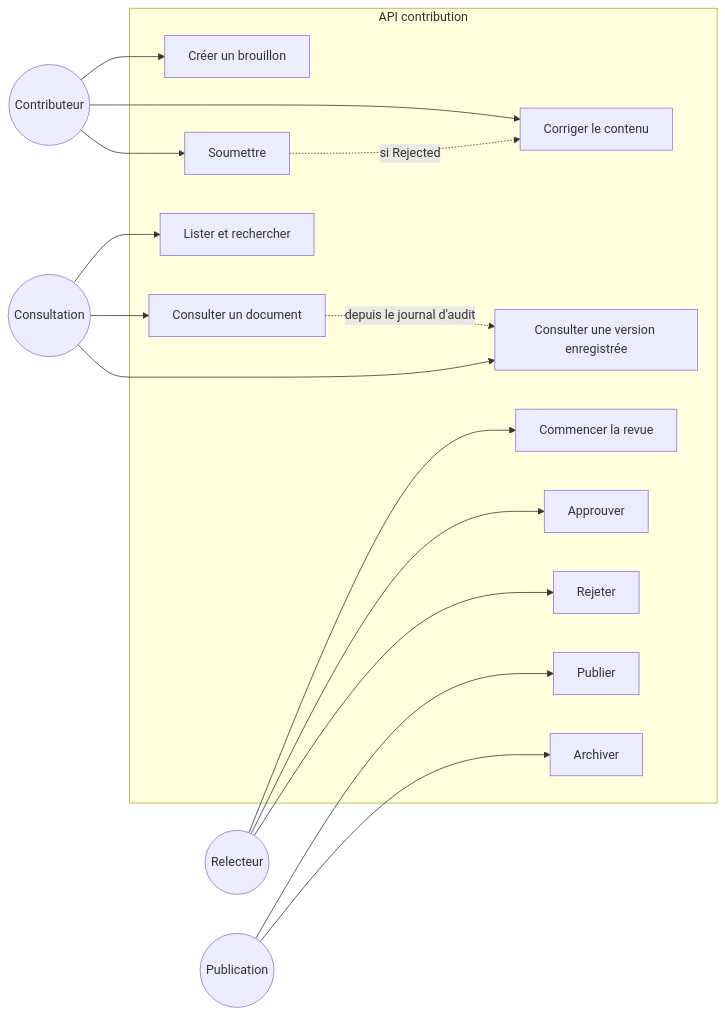
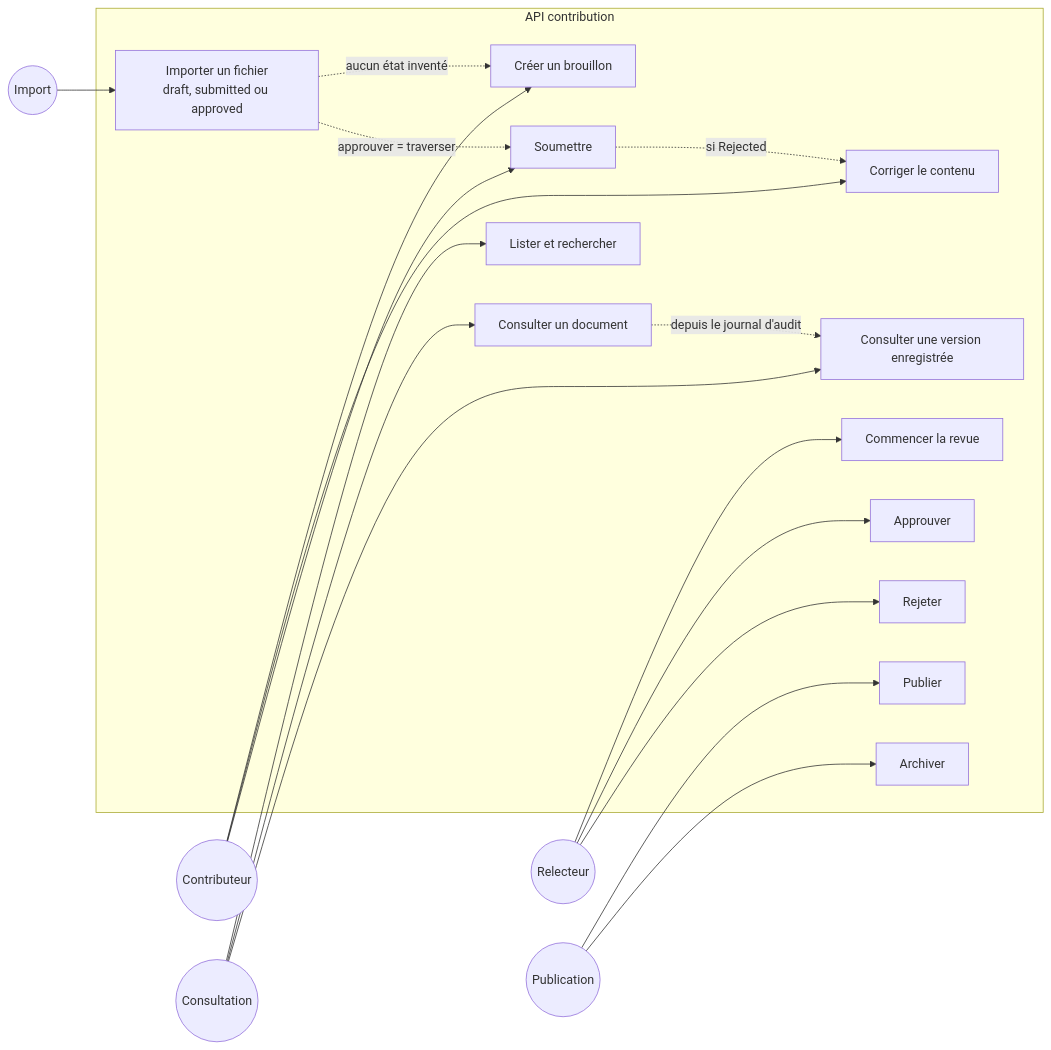
The first of 2 diagrams in design/5- use-cases.md (hfWalid/ACD-kata), drawn with Mermaid before and after one commit. The commit also changed 72 other files, not shown here.

````diff
--- a/design/5- use-cases.md
+++ b/design/5- use-cases.md
@@ -5,35 +5,40 @@
 ```mermaid
 flowchart LR
   C(("Contributeur"))
   R(("Relecteur"))
   P(("Publication"))
   V(("Consultation"))
+  I(("Import"))
 
   subgraph System["API contribution"]
     UC1["Créer un brouillon"]
     UC2["Corriger le contenu"]
     UC3["Soumettre"]
     UC4["Commencer la revue"]
     UC5["Approuver"]
     UC6["Rejeter"]
     UC7["Publier"]
     UC8["Archiver"]
     UC9["Lister et rechercher"]
     UC10["Consulter un document"]
     UC11["Consulter une version enregistrée"]
+    UC12["Importer un fichier<br/>draft, submitted ou approved"]
   end
 
   C --> UC1
   C --> UC2
   C --> UC3
   R --> UC4
   R --> UC5
   R --> UC6
   P --> UC7
   P --> UC8
   V --> UC9
   V --> UC10
   V --> UC11
+  I --> UC12
+  UC12 -.->|"aucun état inventé"| UC1
+  UC12 -.->|"approuver = traverser"| UC3
   UC3 -.->|"si Rejected"| UC2
   UC10 -.->|"depuis le journal d'audit"| UC11
 ```
````
